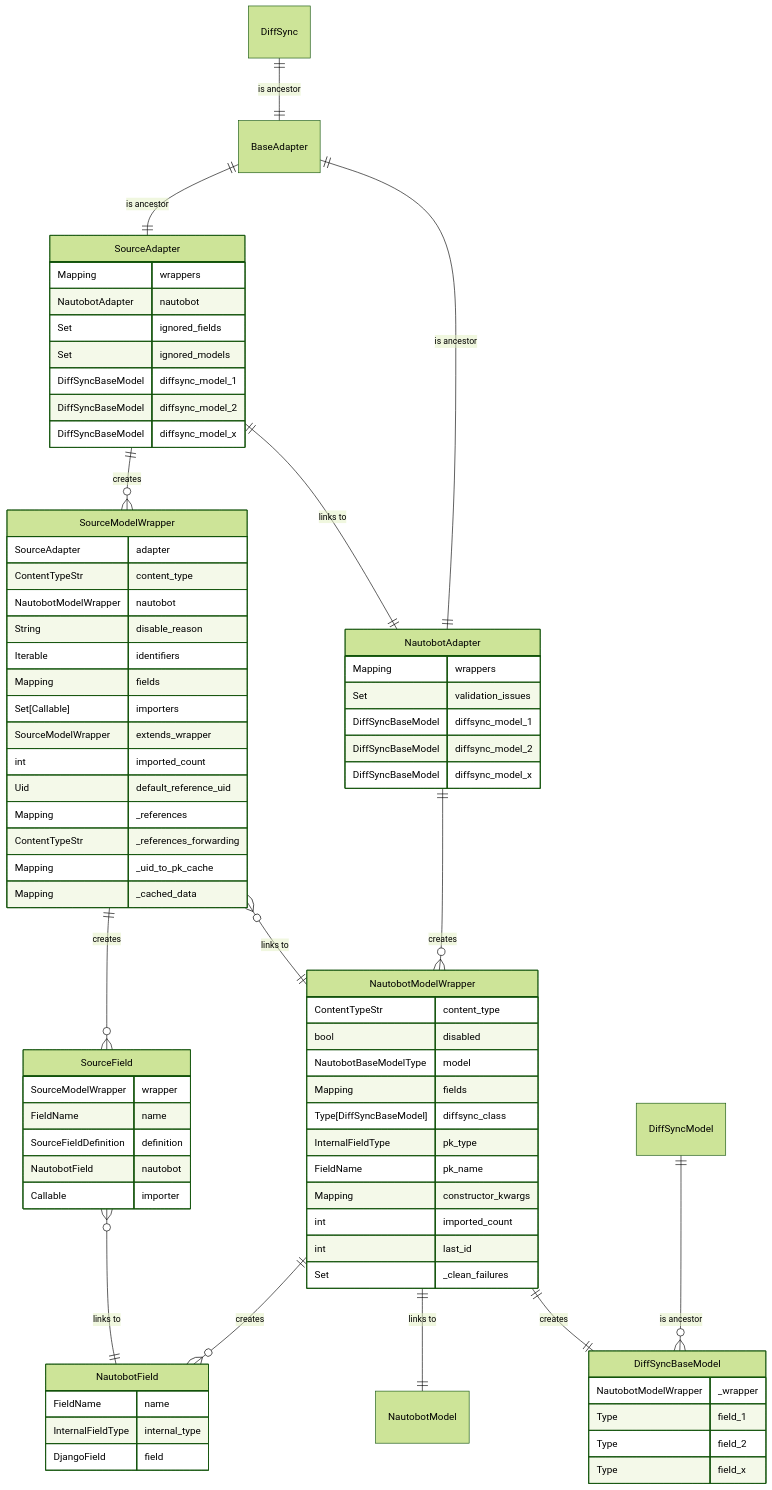
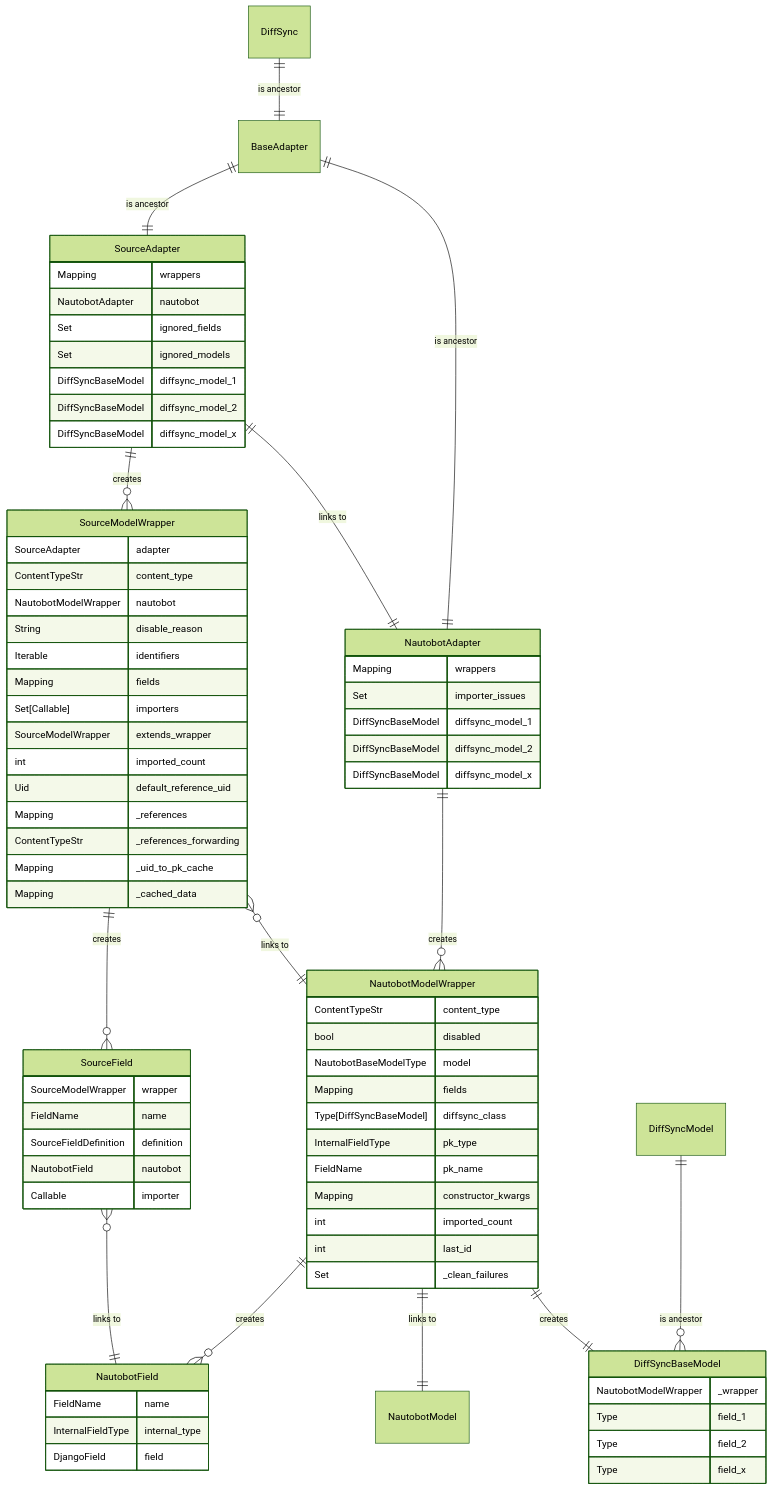
Before and after one commit to nautobot/nautobot-app-netbox-importer: the diagram in docs/dev/generator.md, drawn with Mermaid (forest theme). The commit also changed 10 other files, not shown here.

Commit message:
rename: ValidationIssue => ImporterIssue

````diff
--- a/docs/dev/generator.md
+++ b/docs/dev/generator.md
@@ -106,79 +106,79 @@
 ```mermaid
 erDiagram
     DiffSync ||--|| BaseAdapter : "is ancestor"
     BaseAdapter ||--|| SourceAdapter : "is ancestor"
     BaseAdapter ||--|| NautobotAdapter : "is ancestor"
     SourceAdapter ||--o{ SourceModelWrapper : "creates"
     SourceModelWrapper ||--o{ SourceField : "creates"
     SourceAdapter ||--|| NautobotAdapter : "links to"
     NautobotAdapter ||--o{ NautobotModelWrapper : "creates"
     SourceModelWrapper }o--|| NautobotModelWrapper : "links to"
     NautobotModelWrapper ||--o{ NautobotField : "creates"
     NautobotModelWrapper ||--|| NautobotModel : "links to"
     SourceField }o--|| NautobotField : "links to"
     NautobotModelWrapper ||--|| DiffSyncBaseModel : "creates"
     DiffSyncModel ||--o{ DiffSyncBaseModel : "is ancestor"
     SourceAdapter {
         Mapping wrappers
         NautobotAdapter nautobot
         Set ignored_fields
         Set ignored_models
         DiffSyncBaseModel diffsync_model_1
         DiffSyncBaseModel diffsync_model_2
         DiffSyncBaseModel diffsync_model_x
     }
     SourceModelWrapper {
         SourceAdapter adapter
         ContentTypeStr content_type
         NautobotModelWrapper nautobot
         String disable_reason
         Iterable identifiers
         Mapping fields
         Set[Callable] importers
         SourceModelWrapper extends_wrapper
         int imported_count
         Uid default_reference_uid
         Mapping _references
         ContentTypeStr _references_forwarding
         Mapping _uid_to_pk_cache
         Mapping _cached_data
     }
     SourceField {
         SourceModelWrapper wrapper
         FieldName name
         SourceFieldDefinition definition
         NautobotField nautobot
         Callable importer
     }
     NautobotAdapter {
         Mapping wrappers
-        Set validation_issues
+        Set importer_issues
         DiffSyncBaseModel diffsync_model_1
         DiffSyncBaseModel diffsync_model_2
         DiffSyncBaseModel diffsync_model_x
     }
     NautobotModelWrapper {
         ContentTypeStr content_type
         bool disabled
         NautobotBaseModelType model
         Mapping fields
         Type[DiffSyncBaseModel] diffsync_class
         InternalFieldType pk_type
         FieldName pk_name
         Mapping constructor_kwargs
         int imported_count
         int last_id
         Set _clean_failures
     }
     NautobotField {
         FieldName name
         InternalFieldType internal_type
         DjangoField field
     }
     DiffSyncBaseModel {
         NautobotModelWrapper _wrapper
         Type field_1
         Type field_2
         Type field_x
     }
 ```
````
